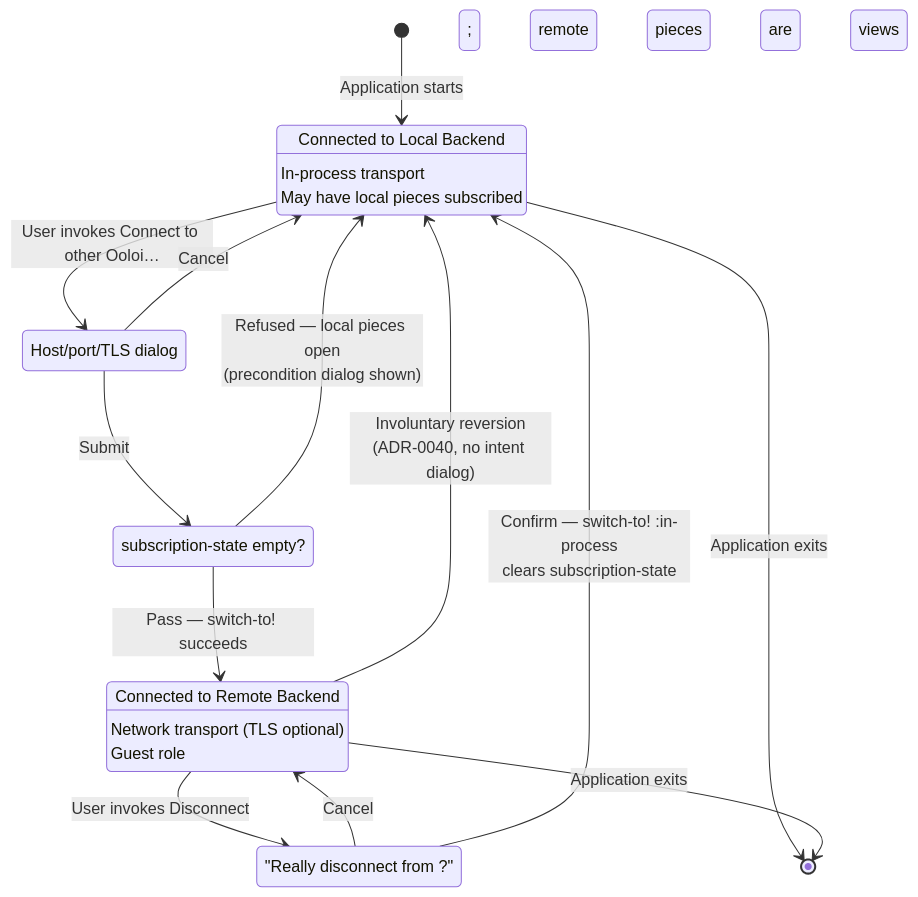
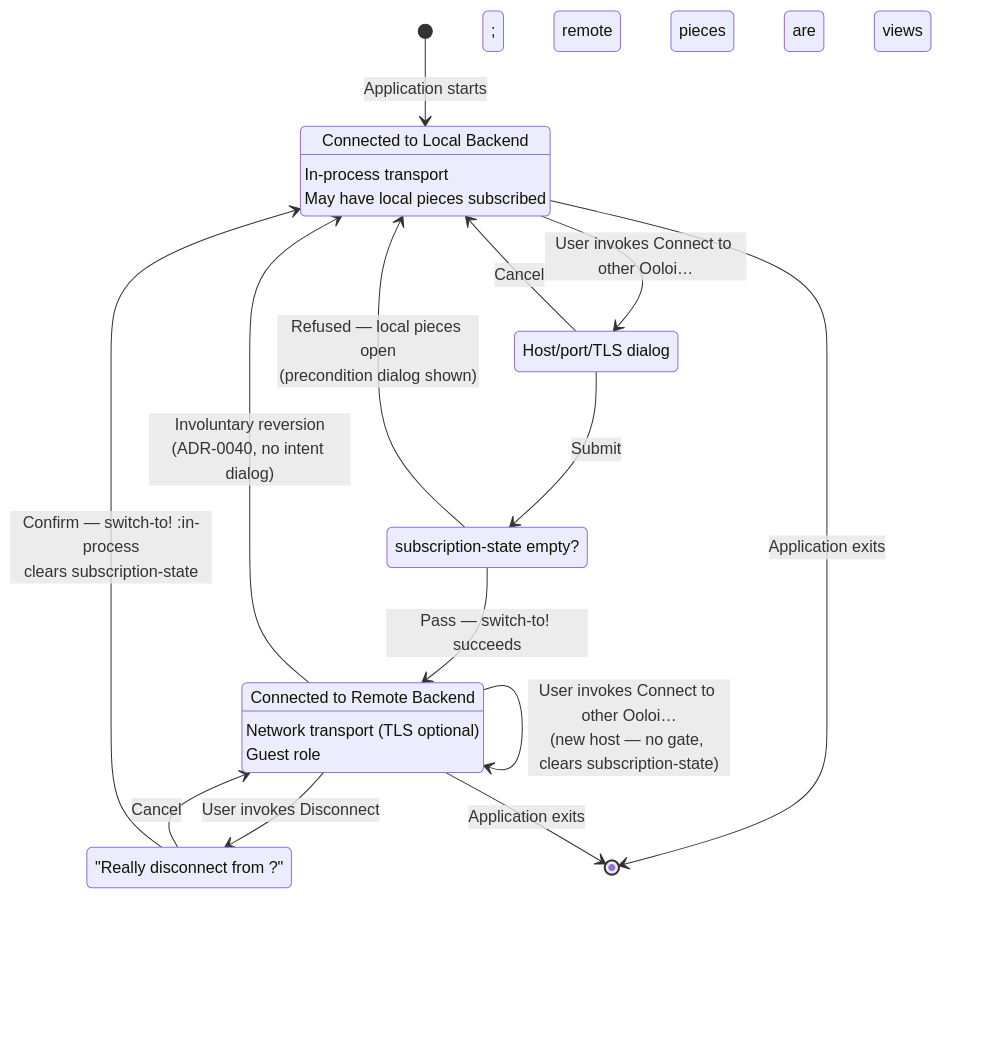
The second of 2 diagrams in ADRs/0036-Collaborative-Sessions-and-Hybrid-Transport.md (PeterBengtson/Ooloi-docs), drawn with Mermaid before and after one commit. The commit also changed other lines of this file, not shown here.

````diff
--- a/ADRs/0036-Collaborative-Sessions-and-Hybrid-Transport.md
+++ b/ADRs/0036-Collaborative-Sessions-and-Hybrid-Transport.md
@@ -214,32 +222,34 @@
 ```mermaid
 stateDiagram-v2
     [*] --> LocalWork: Application starts
     LocalWork: Connected to Local Backend
     LocalWork: In-process transport
     LocalWork: May have local pieces subscribed
 
     LocalWork --> ConnectIntent: User invokes Connect to other Ooloi…
     ConnectIntent: Host/port/TLS dialog
     ConnectIntent --> LocalWork: Cancel
 
     ConnectIntent --> OutboundGate: Submit
     OutboundGate: subscription-state empty?
 
     OutboundGate --> LocalWork: Refused — local pieces open<br/>(precondition dialog shown)
     OutboundGate --> RemoteCollaboration: Pass — switch-to! succeeds
 
     RemoteCollaboration: Connected to Remote Backend
     RemoteCollaboration: Network transport (TLS optional)
     RemoteCollaboration: Guest role; remote pieces are views
 
     RemoteCollaboration --> DisconnectIntent: User invokes Disconnect
     DisconnectIntent: "Really disconnect from <host>?"
     DisconnectIntent --> RemoteCollaboration: Cancel
 
     DisconnectIntent --> LocalWork: Confirm — switch-to! :in-process<br/>clears subscription-state
 
     RemoteCollaboration --> LocalWork: Involuntary reversion<br/>(ADR-0040, no intent dialog)
 
+    RemoteCollaboration --> RemoteCollaboration: User invokes Connect to other Ooloi…<br/>(new host — no gate, clears subscription-state)
+
     LocalWork --> [*]: Application exits
     RemoteCollaboration --> [*]: Application exits
 ```
````
